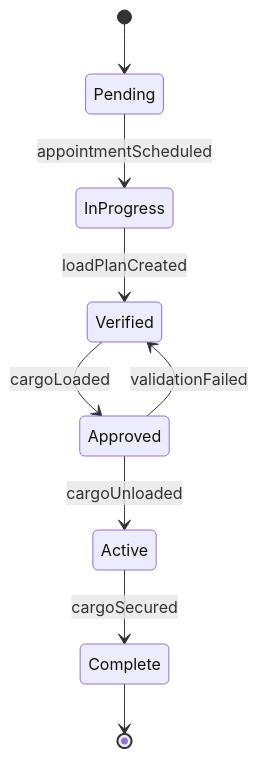
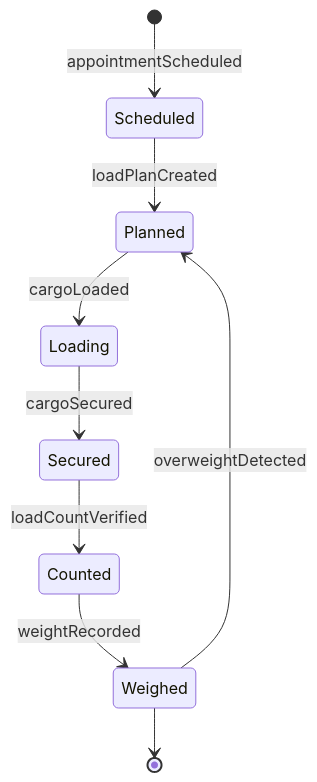
One commit to dot-org-ai/tasks.org.ai changed the second of 4 diagrams in HandlingAndMovingObjects/HandleBaggageOrCargo/LoadUnloadCargo.mdx. Above: the diagram before and after it, drawn with Mermaid. The commit also changed other lines of this file and 515 other files, not shown here.

````diff
--- a/HandlingAndMovingObjects/HandleBaggageOrCargo/LoadUnloadCargo.mdx
+++ b/HandlingAndMovingObjects/HandleBaggageOrCargo/LoadUnloadCargo.mdx
@@ -100,11 +101,11 @@
 ```mermaid
 stateDiagram-v2
-    [*] --> Pending
-    Pending --> InProgress : appointmentScheduled
-    InProgress --> Verified : loadPlanCreated
-    Verified --> Approved : cargoLoaded
-    Approved --> Active : cargoUnloaded
-    Active --> Complete : cargoSecured
-    Approved --> Verified : validationFailed
-    Complete --> [*]
+    [*] --> Scheduled : appointmentScheduled
+    Scheduled --> Planned : loadPlanCreated
+    Planned --> Loading : cargoLoaded
+    Loading --> Secured : cargoSecured
+    Secured --> Counted : loadCountVerified
+    Counted --> Weighed : weightRecorded
+    Weighed --> Planned : overweightDetected
+    Weighed --> [*]
 ```
````
